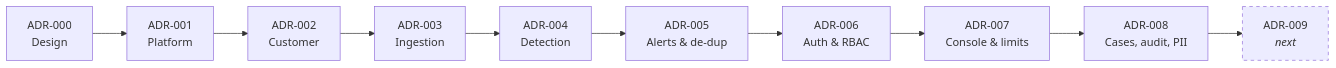
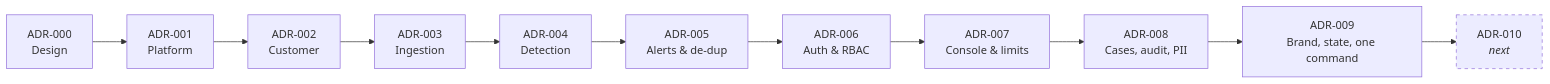
The diagram in docs/ADR/README.md (iamrupambiswas/sentinel-aml), drawn with Mermaid before and after one commit. The commit also changed other lines of this file and 64 other files, not shown here.

First line of the commit message:
feat(p7c): one-command stack, Redux client state, toasts, skeletons, error pages

````diff
--- a/docs/ADR/README.md
+++ b/docs/ADR/README.md
@@ -21,5 +22,5 @@
 ```mermaid
 flowchart LR
-    A0[ADR-000<br/>Design] --> A1[ADR-001<br/>Platform] --> A2[ADR-002<br/>Customer] --> A3[ADR-003<br/>Ingestion] --> A4[ADR-004<br/>Detection] --> A5[ADR-005<br/>Alerts & de-dup] --> A6[ADR-006<br/>Auth & RBAC] --> A7[ADR-007<br/>Console & limits] --> A8[ADR-008<br/>Cases, audit, PII] --> A9[ADR-009<br/><i>next</i>]
-    style A9 stroke-dasharray: 5 5
+    A0[ADR-000<br/>Design] --> A1[ADR-001<br/>Platform] --> A2[ADR-002<br/>Customer] --> A3[ADR-003<br/>Ingestion] --> A4[ADR-004<br/>Detection] --> A5[ADR-005<br/>Alerts & de-dup] --> A6[ADR-006<br/>Auth & RBAC] --> A7[ADR-007<br/>Console & limits] --> A8[ADR-008<br/>Cases, audit, PII] --> A9[ADR-009<br/>Brand, state, one command] --> A10[ADR-010<br/><i>next</i>]
+    style A10 stroke-dasharray: 5 5
 ```
````
